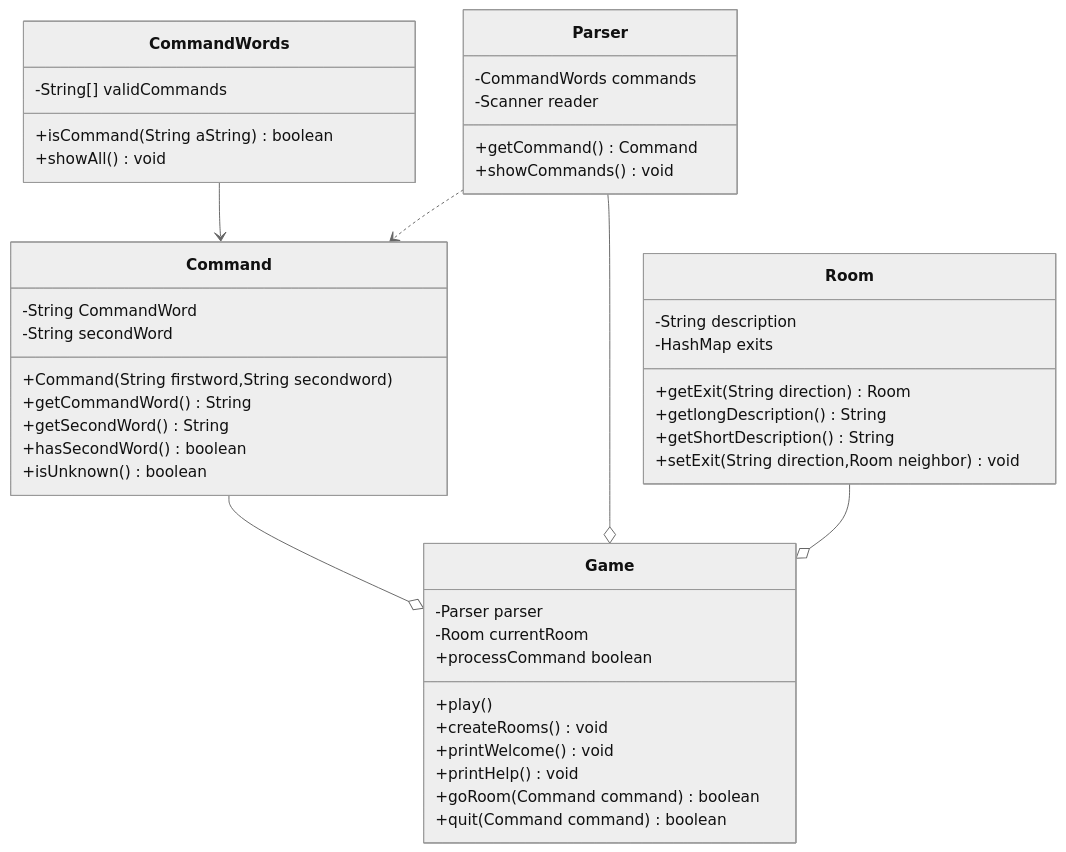
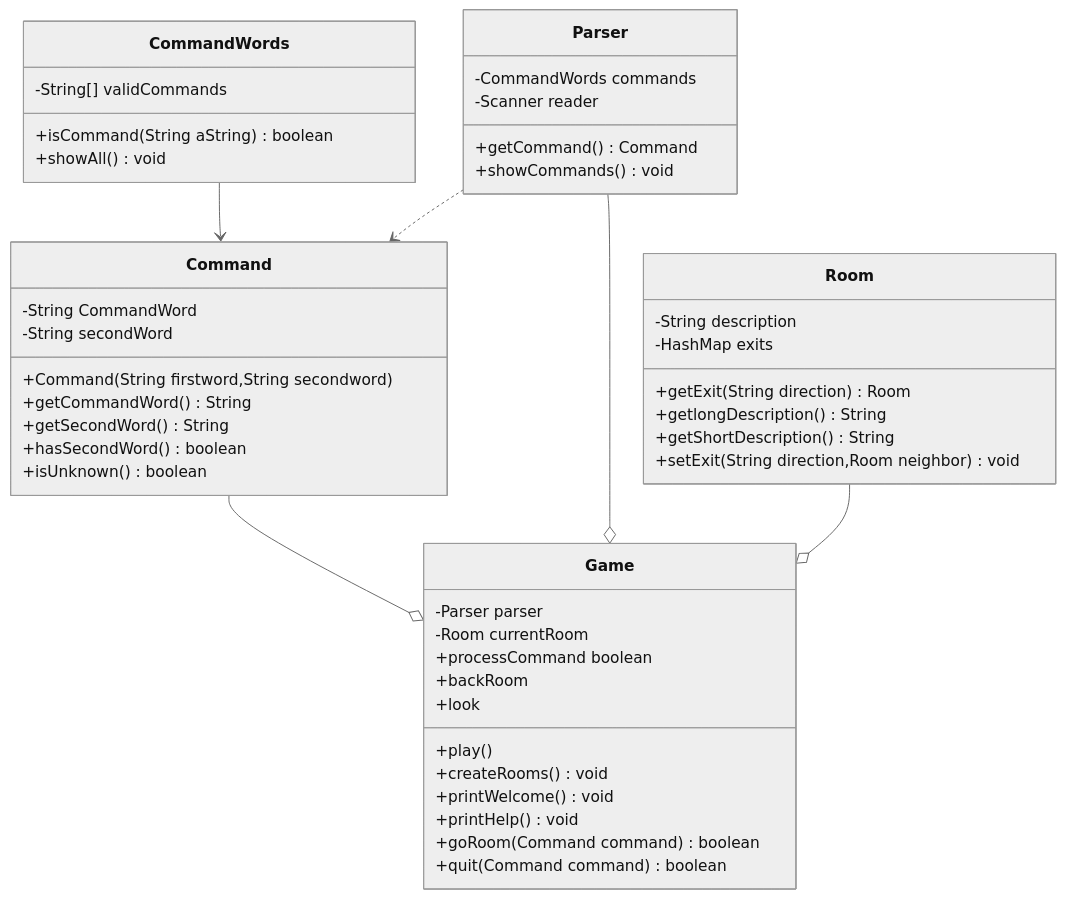
Before and after one commit to ltj1042410441/world-of-zuul-1-template-gitee: the diagram in 类间关系图.md, drawn with Mermaid (neutral theme).

```diff
--- a/类间关系图.md
+++ b/类间关系图.md
@@ -1,48 +1,50 @@
 ~~~mermaid
 classDiagram
 CommandWords --> Command
 Command --o Game
 Parser ..> Command
 Parser --o Game
 Room --o Game
       class CommandWords{
         -String[] validCommands
         +isCommand(String aString) boolean
         +showAll() void
       }
       class Command{
          -String CommandWord
          -String secondWord
          +Command(String firstword,String secondword)
          +getCommandWord() String
          +getSecondWord() String
          +hasSecondWord() boolean
          +isUnknown() boolean
       }
       class Room{
           -String description
           -HashMap<String, Room> exits
           +getExit(String direction) Room
           +getlongDescription() String
           +getShortDescription() String
           +setExit(String direction,Room neighbor) void
       }
       class Parser{
          -CommandWords commands
          -Scanner reader
          +getCommand() Command
          +showCommands() void
       }
       class Game{
          -Parser parser
          -Room currentRoom
          +play()
          +createRooms() void
          +printWelcome() void
          +processCommand boolean
          +printHelp() void
          +goRoom(Command command) boolean
          +quit(Command command)　boolean
+         +backRoom
+         +look
       }
 
 ~~~
```
